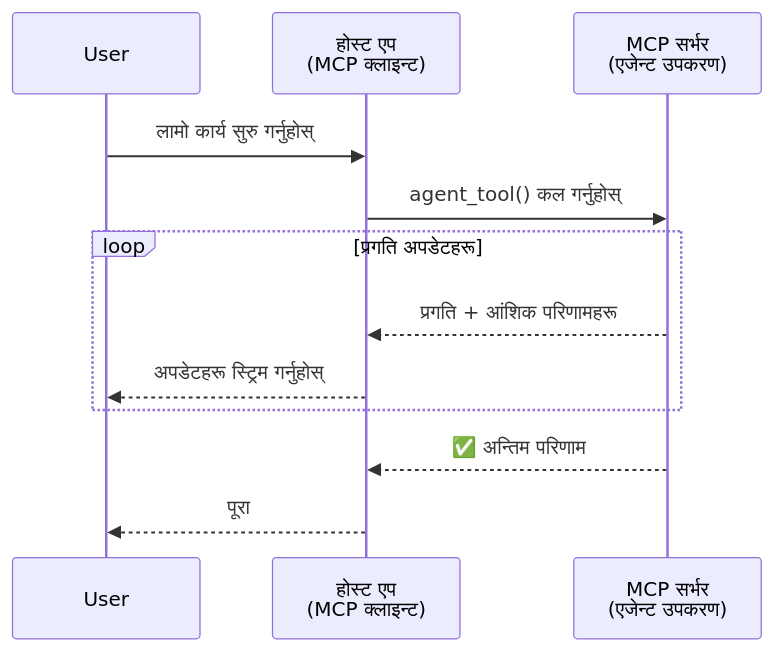
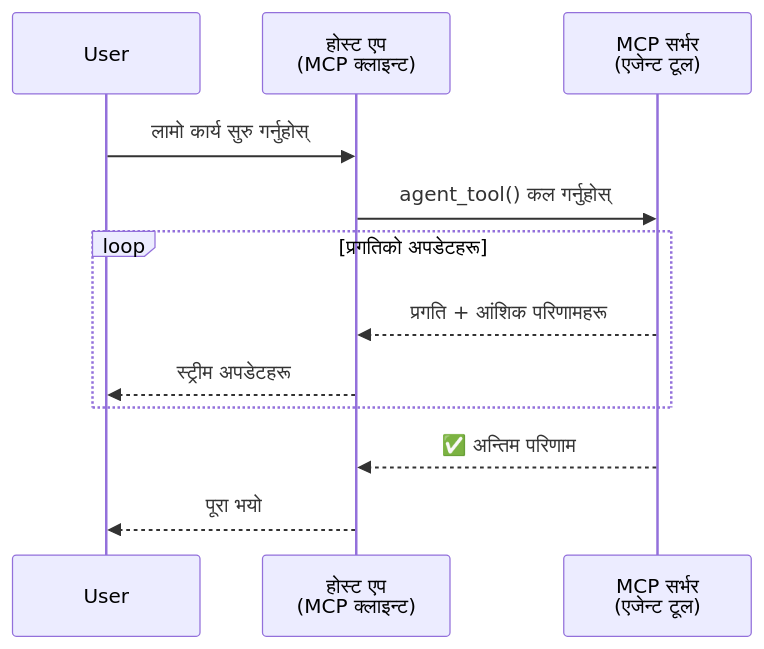
The first of 5 diagrams in mirrors/repos/microsoft@ai-agents-for-beginners/translations/ne/11-agentic-protocols/code_samples/mcp-agents/README.md (gabrielmoreira/agent-skills-mirror), drawn with Mermaid before and after one commit. The commit also changed other lines of this file and 4262 other files, not shown here.

````diff
--- a/mirrors/repos/microsoft@ai-agents-for-beginners/translations/ne/11-agentic-protocols/code_samples/mcp-agents/README.md
+++ b/mirrors/repos/microsoft@ai-agents-for-beginners/translations/ne/11-agentic-protocols/code_samples/mcp-agents/README.md
@@ -46,17 +46,17 @@
 ```mermaid
 sequenceDiagram
     participant User
     participant Host as होस्ट एप<br/>(MCP क्लाइन्ट)
-    participant Server as MCP सर्भर<br/>(एजेन्ट उपकरण)
+    participant Server as MCP सर्भर<br/>(एजेन्ट टूल)
 
     User->>Host: लामो कार्य सुरु गर्नुहोस्
     Host->>Server: agent_tool() कल गर्नुहोस्
 
-    loop प्रगति अपडेटहरू
+    loop प्रगतिको अपडेटहरू
         Server-->>Host: प्रगति + आंशिक परिणामहरू
-        Host-->>User: अपडेटहरू स्ट्रिम गर्नुहोस्
+        Host-->>User: स्ट्रीम अपडेटहरू
     end
 
     Server-->>Host: ✅ अन्तिम परिणाम
-    Host-->>User: पूरा
+    Host-->>User: पूरा भयो
 ```
````
